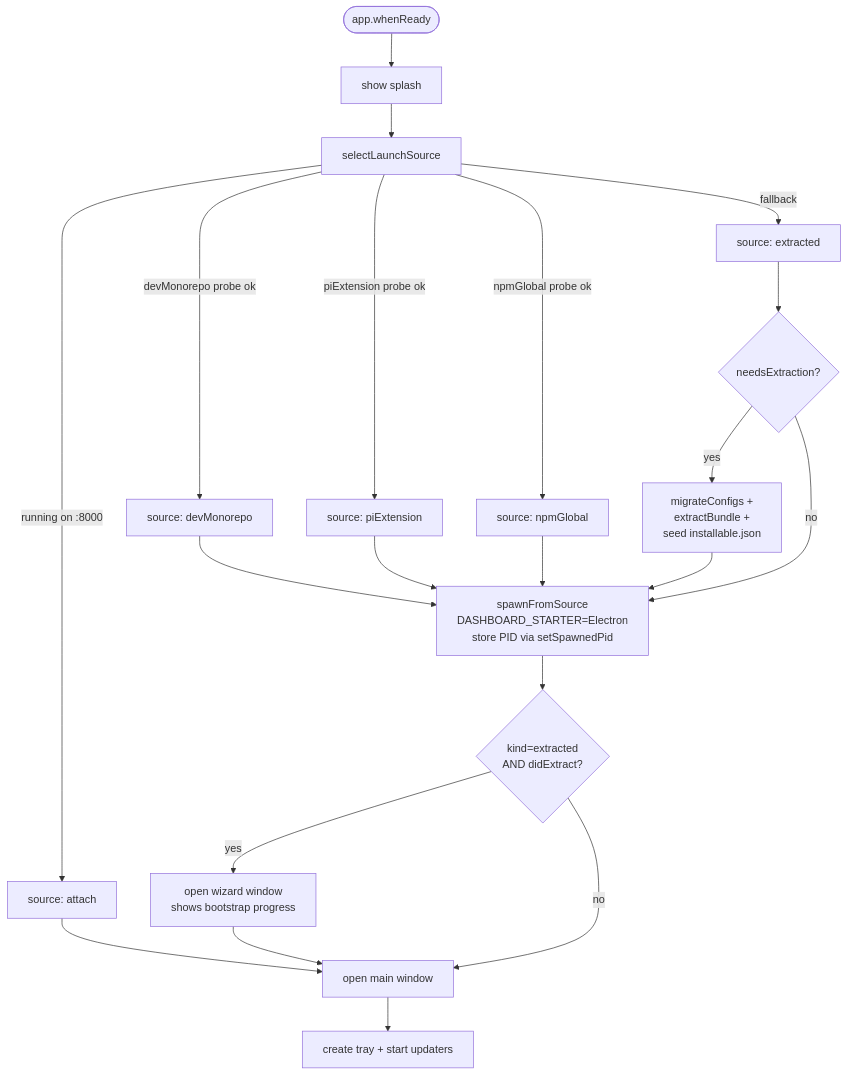
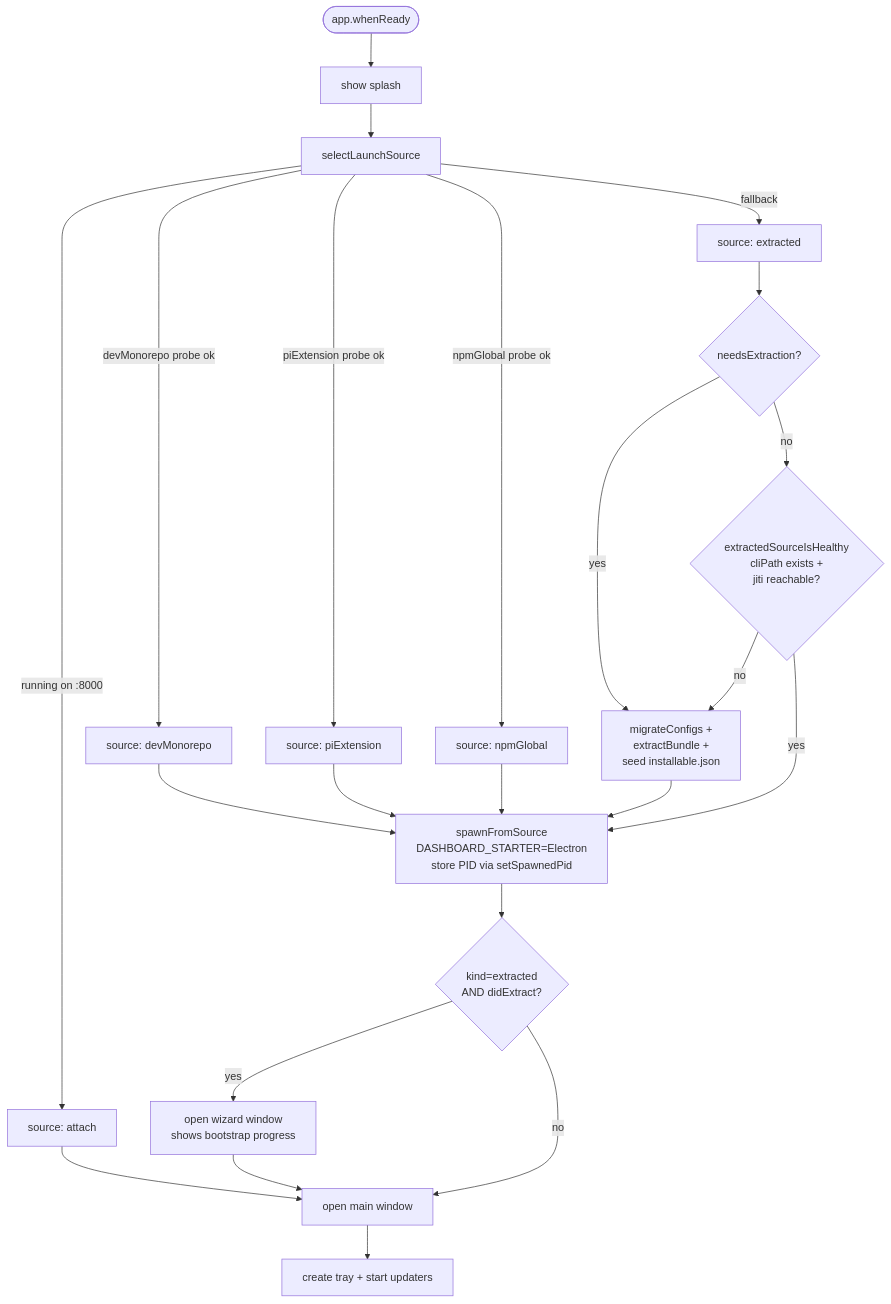
The first of 5 diagrams in docs/electron-bootstrap-flow.md (BlackBeltTechnology/pi-agent-dashboard), drawn with Mermaid before and after one commit. The commit also changed other lines of this file and 9 other files, not shown here.

````diff
--- a/docs/electron-bootstrap-flow.md
+++ b/docs/electron-bootstrap-flow.md
@@ -10,24 +10,26 @@
 ```mermaid
 flowchart TD
     Start([app.whenReady]) --> Splash[show splash]
     Splash --> SLS[selectLaunchSource]
     SLS -->|running on :8000| Attach[source: attach]
     SLS -->|devMonorepo probe ok| Dev[source: devMonorepo]
     SLS -->|piExtension probe ok| Ext[source: piExtension]
     SLS -->|npmGlobal probe ok| Npm[source: npmGlobal]
     SLS -->|fallback| Extracted[source: extracted]
 
     Attach --> OpenMain[open main window]
     Dev --> Spawn[spawnFromSource<br/>DASHBOARD_STARTER=Electron<br/>store PID via setSpawnedPid]
     Ext --> Spawn
     Npm --> Spawn
     Extracted --> NeedsExtract{needsExtraction?}
     NeedsExtract -->|yes| MigrateExtract[migrateConfigs +<br/>extractBundle +<br/>seed installable.json]
     MigrateExtract --> Spawn
-    NeedsExtract -->|no| Spawn
+    NeedsExtract -->|no| HealthCheck{extractedSourceIsHealthy<br/>cliPath exists +<br/>jiti reachable?}
+    HealthCheck -->|yes| Spawn
+    HealthCheck -->|no| MigrateExtract
     Spawn --> SetupScreen{kind=extracted<br/>AND didExtract?}
     SetupScreen -->|yes| WizardWindow[open wizard window<br/>shows bootstrap progress]
     WizardWindow --> OpenMain
     SetupScreen -->|no| OpenMain
     OpenMain --> Tray[create tray + start updaters]
 ```
````
